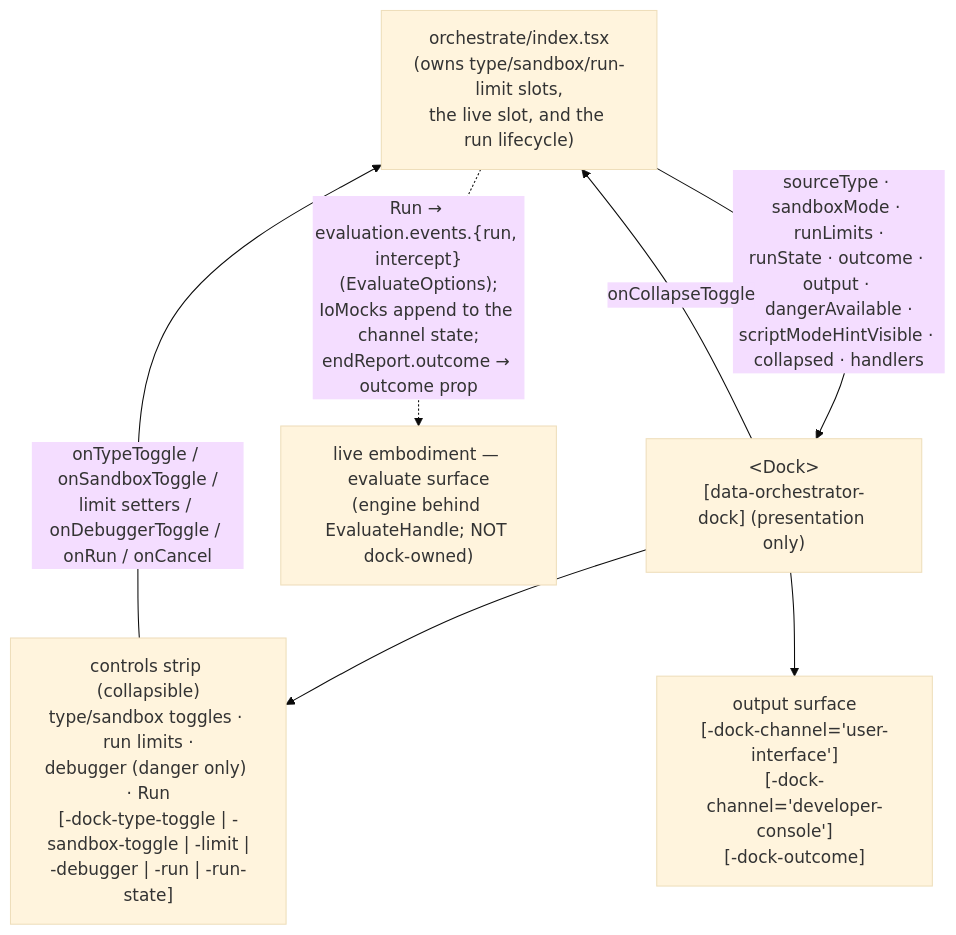
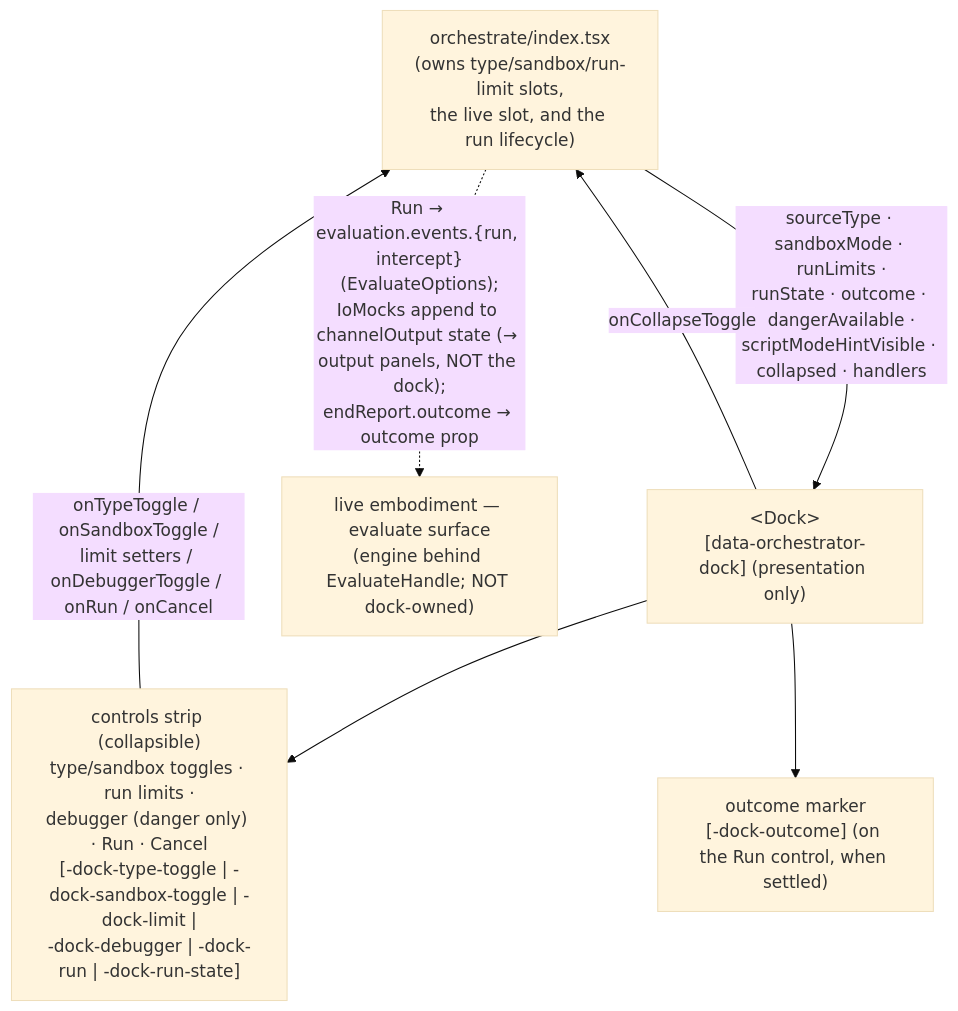
The diagram in src/lib/study-lenses/orchestrate/dock/DOCS.md (codeschoolinabox/curricula), drawn with Mermaid (base theme) before and after one commit. The commit also changed other lines of this file and 3 other files, not shown here.

First line of the commit message:
orchestrate(dock): channels leave the dock; controls-only (inc 3)

````diff
--- a/src/lib/study-lenses/orchestrate/dock/DOCS.md
+++ b/src/lib/study-lenses/orchestrate/dock/DOCS.md
@@ -20,10 +21,10 @@
 ```mermaid
 flowchart TD
     Orch["orchestrate/index.tsx<br/>(owns type/sandbox/run-limit slots,<br/>the live slot, and the run lifecycle)"]
-    Orch -->|"sourceType · sandboxMode · runLimits ·<br/>runState · outcome · output · dangerAvailable ·<br/>scriptModeHintVisible · collapsed · handlers"| Dock["&lt;Dock&gt;<br/>[data-orchestrator-dock] (presentation only)"]
-    Dock --> Controls["controls strip (collapsible)<br/>type/sandbox toggles · run limits ·<br/>debugger (danger only) · Run<br/>[-dock-type-toggle | -sandbox-toggle | -limit |<br/>-debugger | -run | -run-state]"]
-    Dock --> Channels["output surface<br/>[-dock-channel='user-interface']<br/>[-dock-channel='developer-console']<br/>[-dock-outcome]"]
+    Orch -->|"sourceType · sandboxMode · runLimits ·<br/>runState · outcome · dangerAvailable ·<br/>scriptModeHintVisible · collapsed · handlers"| Dock["&lt;Dock&gt;<br/>[data-orchestrator-dock] (presentation only)"]
+    Dock --> Controls["controls strip (collapsible)<br/>type/sandbox toggles · run limits ·<br/>debugger (danger only) · Run · Cancel<br/>[-dock-type-toggle | -dock-sandbox-toggle | -dock-limit |<br/>-dock-debugger | -dock-run | -dock-run-state]"]
+    Dock --> Outcome["outcome marker<br/>[-dock-outcome] (on the Run control, when settled)"]
     Controls -->|"onTypeToggle / onSandboxToggle /<br/>limit setters / onDebuggerToggle / onRun / onCancel"| Orch
     Dock -->|"onCollapseToggle"| Orch
-    Orch -.->|"Run → evaluation.events.{run, intercept}(EvaluateOptions);<br/>IoMocks append to the channel state;<br/>endReport.outcome → outcome prop"| Eval["live embodiment — evaluate surface<br/>(engine behind EvaluateHandle; NOT dock-owned)"]
+    Orch -.->|"Run → evaluation.events.{run, intercept}(EvaluateOptions);<br/>IoMocks append to channelOutput state (→ output panels, NOT the dock);<br/>endReport.outcome → outcome prop"| Eval["live embodiment — evaluate surface<br/>(engine behind EvaluateHandle; NOT dock-owned)"]
 ```
````
